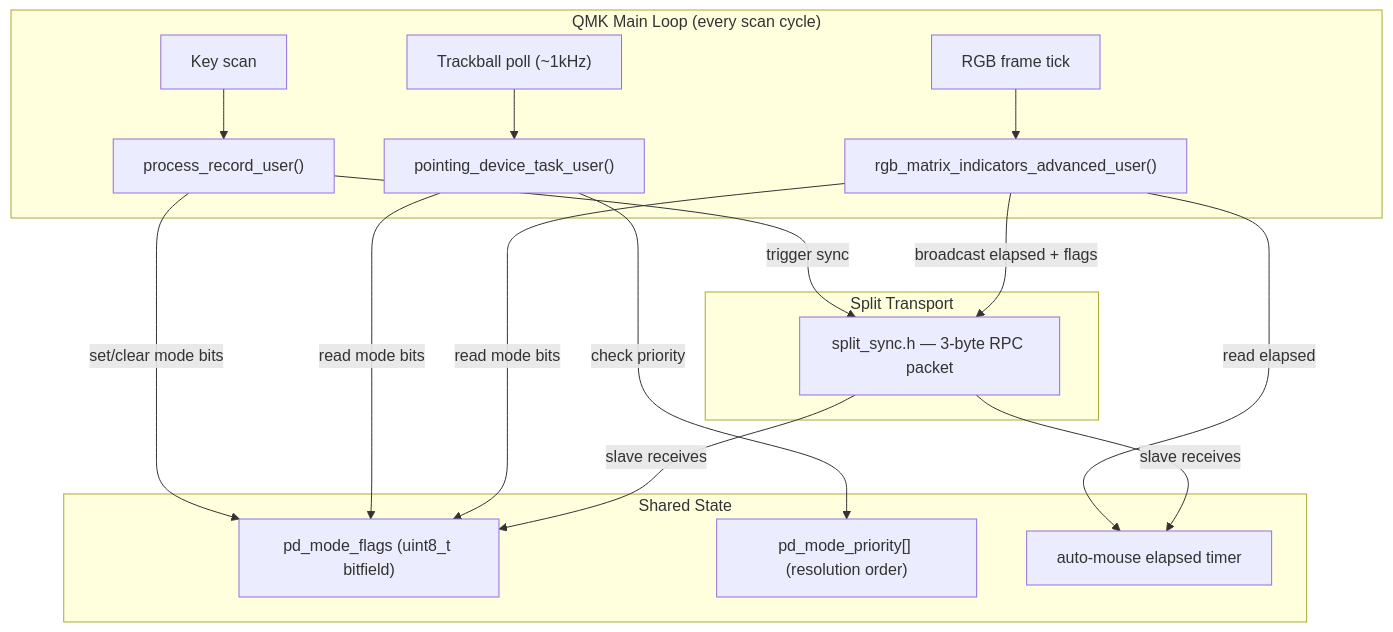
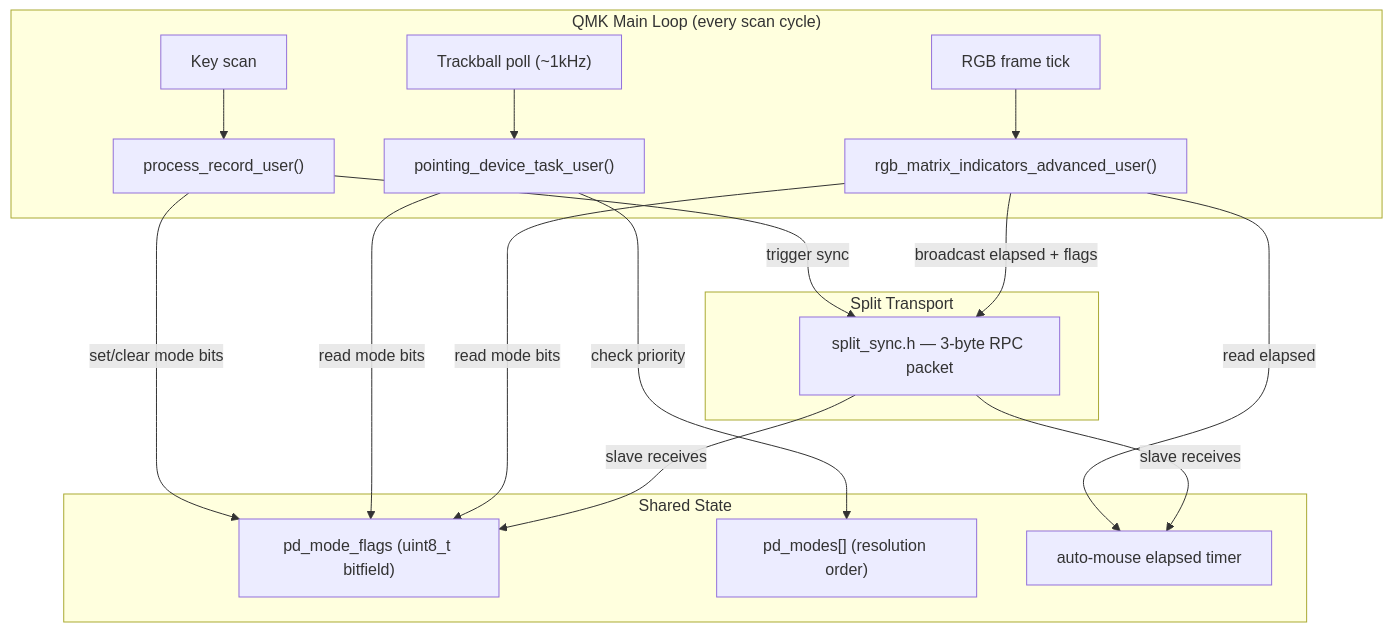
The first of 7 diagrams in DIAGRAMS.md (NoahCLR/charybdis-4x6), drawn with Mermaid before and after one commit. The commit also changed other lines of this file and 6 other files, not shown here.

Commit message:
Refactor pointing device mode handling: replace pd_mode_priority array with pd_modes structure for improved clarity and flexibility

````diff
--- a/DIAGRAMS.md
+++ b/DIAGRAMS.md
@@ -9,28 +9,28 @@
 ```mermaid
 flowchart TD
     subgraph QMK["QMK Main Loop (every scan cycle)"]
         KEY["Key scan"] --> PRU["process_record_user()"]
         TB["Trackball poll (~1kHz)"] --> PDTU["pointing_device_task_user()"]
         LED["RGB frame tick"] --> RGBU["rgb_matrix_indicators_advanced_user()"]
     end
 
     subgraph STATE["Shared State"]
         FLAGS["pd_mode_flags (uint8_t bitfield)"]
-        PRIO["pd_mode_priority[] (resolution order)"]
+        PRIO["pd_modes[] (resolution order)"]
         ELAPSED["auto-mouse elapsed timer"]
     end
 
     subgraph SPLIT["Split Transport"]
         SYNC["split_sync.h — 3-byte RPC packet"]
     end
 
     PRU -- "set/clear mode bits" --> FLAGS
     PRU -- "trigger sync" --> SYNC
     PDTU -- "read mode bits" --> FLAGS
     PDTU -- "check priority" --> PRIO
     RGBU -- "read mode bits" --> FLAGS
     RGBU -- "read elapsed" --> ELAPSED
     RGBU -- "broadcast elapsed + flags" --> SYNC
     SYNC -- "slave receives" --> FLAGS
     SYNC -- "slave receives" --> ELAPSED
 ```
````
